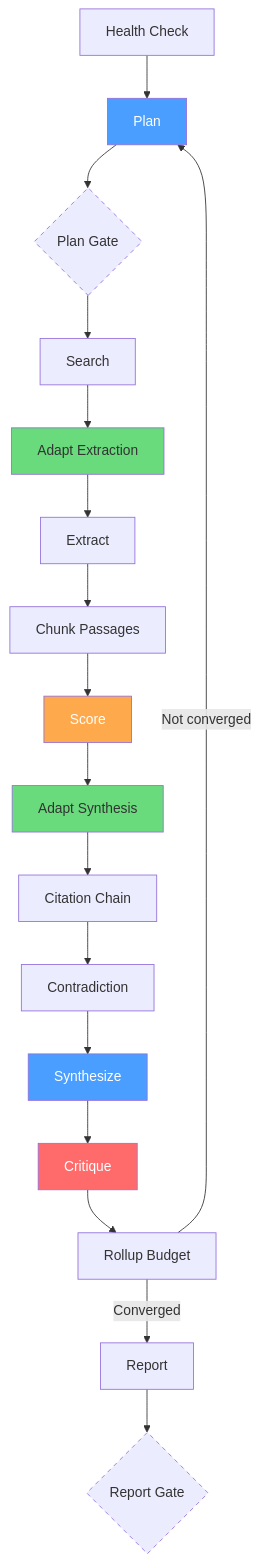
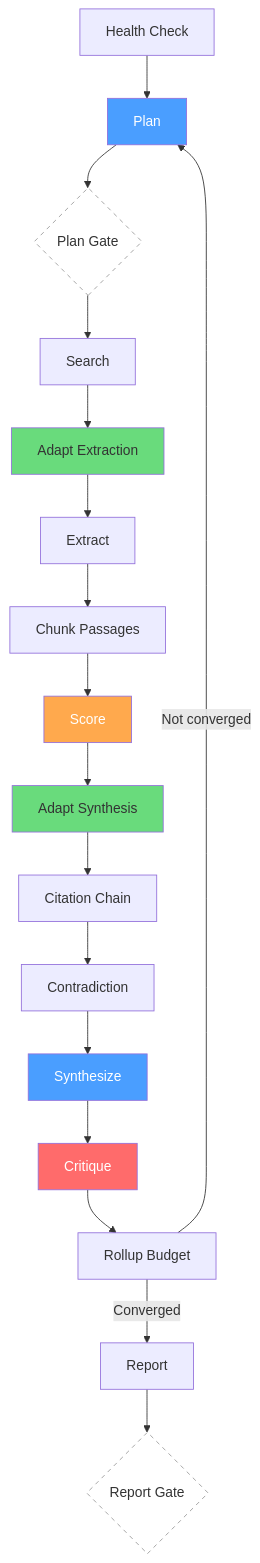
One commit to Darv0n/sia-research-engine changed the diagram in README.md. Above: the diagram before and after it, drawn with Mermaid.

Commit message:
fix: mermaid style syntax for GitHub renderer compatibility

````diff
--- a/README.md
+++ b/README.md
@@ -78,28 +78,28 @@
 ```mermaid
 flowchart TD
     HC[Health Check] --> P[Plan]
     P --> PG{Plan Gate}
     PG --> S[Search]
     S --> AE[Adapt Extraction]
     AE --> E[Extract]
     E --> CH[Chunk Passages]
     CH --> SC[Score]
     SC --> AS[Adapt Synthesis]
     AS --> CC[Citation Chain]
     CC --> CD[Contradiction]
     CD --> SY[Synthesize]
     SY --> CR[Critique]
     CR --> RB[Rollup Budget]
     RB -->|Not converged| P
     RB -->|Converged| RP[Report]
     RP --> RG{Report Gate}
 
-    style P fill:#4a9eff,color:#fff
-    style SY fill:#4a9eff,color:#fff
-    style CR fill:#ff6b6b,color:#fff
-    style SC fill:#ffa94d,color:#fff
-    style AE fill:#69db7c,color:#333
-    style AS fill:#69db7c,color:#333
-    style PG stroke-dasharray:5 5
-    style RG stroke-dasharray:5 5
+    style P fill:#4a9eff,color:white
+    style SY fill:#4a9eff,color:white
+    style CR fill:#ff6b6b,color:white
+    style SC fill:#ffa94d,color:white
+    style AE fill:#69db7c
+    style AS fill:#69db7c
+    style PG fill:none,stroke:#999,stroke-dasharray: 5 5
+    style RG fill:none,stroke:#999,stroke-dasharray: 5 5
 ```
````
